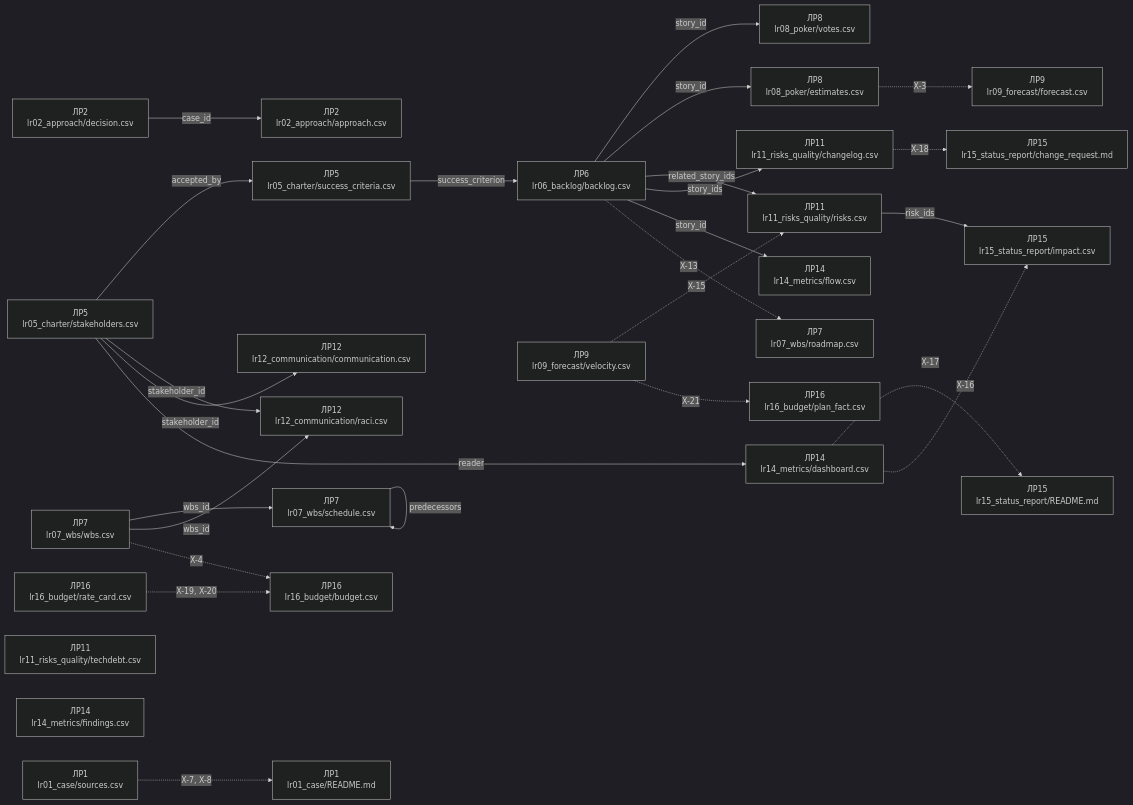
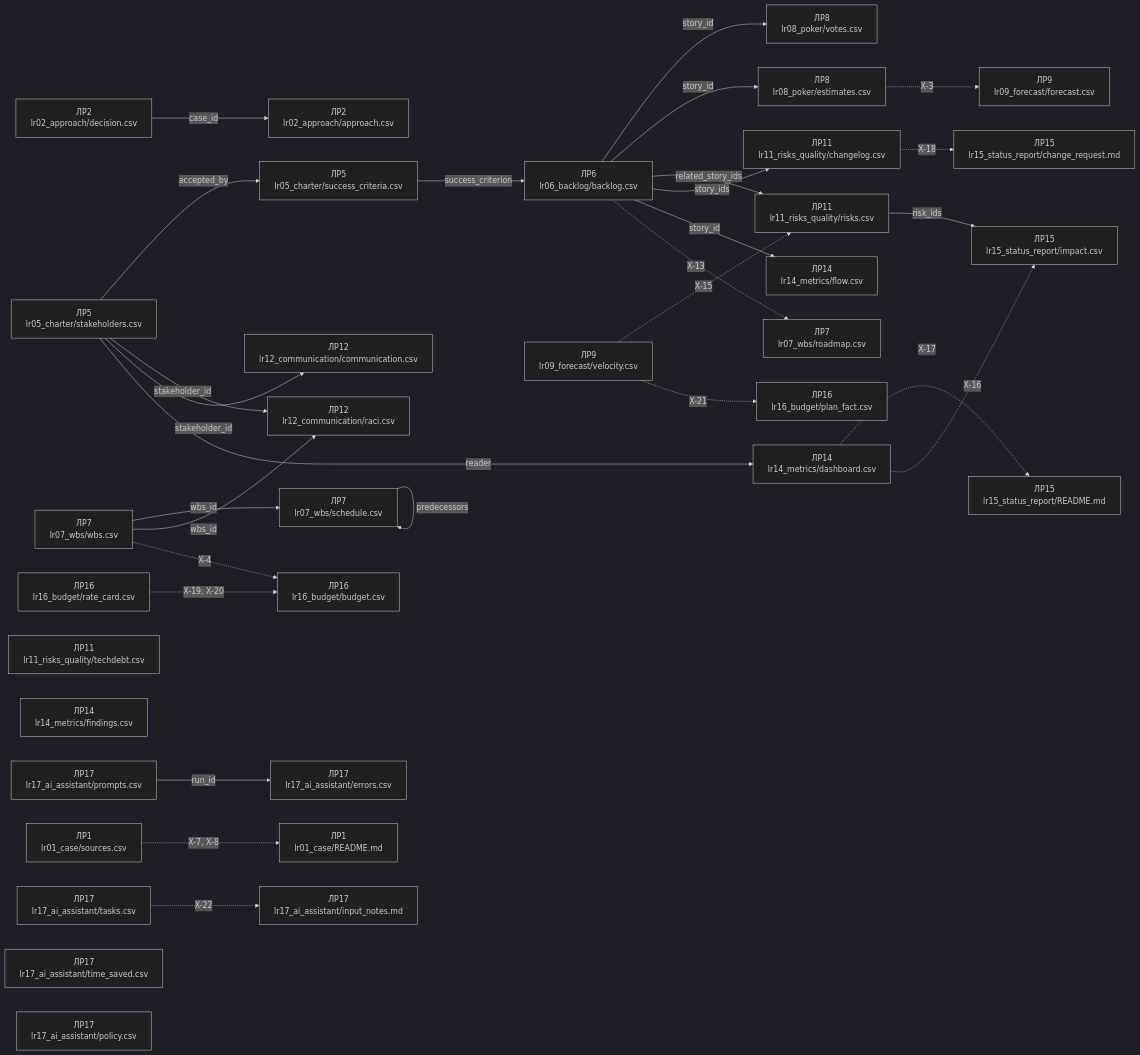
Before and after one commit to LyahovchukSergiy/pm-2026-template: the diagram in tools/SCHEMAS.md, drawn with Mermaid (dark theme). The commit also changed other lines of this file and 10 other files, not shown here.

Commit message:
Sync template with artifact schema v1.17.0

````diff
--- a/tools/SCHEMAS.md
+++ b/tools/SCHEMAS.md
@@ -97,56 +108,64 @@
 ```mermaid
 flowchart LR
   lr01_case_sources_csv["ЛР1<br/>lr01_case/sources.csv"]
   lr02_approach_approach_csv["ЛР2<br/>lr02_approach/approach.csv"]
   lr02_approach_decision_csv["ЛР2<br/>lr02_approach/decision.csv"]
   lr05_charter_stakeholders_csv["ЛР5<br/>lr05_charter/stakeholders.csv"]
   lr05_charter_success_criteria_csv["ЛР5<br/>lr05_charter/success_criteria.csv"]
   lr06_backlog_backlog_csv["ЛР6<br/>lr06_backlog/backlog.csv"]
   lr07_wbs_wbs_csv["ЛР7<br/>lr07_wbs/wbs.csv"]
   lr07_wbs_schedule_csv["ЛР7<br/>lr07_wbs/schedule.csv"]
   lr07_wbs_roadmap_csv["ЛР7<br/>lr07_wbs/roadmap.csv"]
   lr08_poker_votes_csv["ЛР8<br/>lr08_poker/votes.csv"]
   lr08_poker_estimates_csv["ЛР8<br/>lr08_poker/estimates.csv"]
   lr09_forecast_velocity_csv["ЛР9<br/>lr09_forecast/velocity.csv"]
   lr09_forecast_forecast_csv["ЛР9<br/>lr09_forecast/forecast.csv"]
   lr11_risks_quality_risks_csv["ЛР11<br/>lr11_risks_quality/risks.csv"]
   lr11_risks_quality_techdebt_csv["ЛР11<br/>lr11_risks_quality/techdebt.csv"]
   lr11_risks_quality_changelog_csv["ЛР11<br/>lr11_risks_quality/changelog.csv"]
   lr12_communication_raci_csv["ЛР12<br/>lr12_communication/raci.csv"]
   lr12_communication_communication_csv["ЛР12<br/>lr12_communication/communication.csv"]
   lr14_metrics_flow_csv["ЛР14<br/>lr14_metrics/flow.csv"]
   lr14_metrics_findings_csv["ЛР14<br/>lr14_metrics/findings.csv"]
   lr14_metrics_dashboard_csv["ЛР14<br/>lr14_metrics/dashboard.csv"]
   lr15_status_report_impact_csv["ЛР15<br/>lr15_status_report/impact.csv"]
   lr16_budget_rate_card_csv["ЛР16<br/>lr16_budget/rate_card.csv"]
   lr16_budget_budget_csv["ЛР16<br/>lr16_budget/budget.csv"]
   lr16_budget_plan_fact_csv["ЛР16<br/>lr16_budget/plan_fact.csv"]
+  lr17_ai_assistant_tasks_csv["ЛР17<br/>lr17_ai_assistant/tasks.csv"]
+  lr17_ai_assistant_prompts_csv["ЛР17<br/>lr17_ai_assistant/prompts.csv"]
+  lr17_ai_assistant_errors_csv["ЛР17<br/>lr17_ai_assistant/errors.csv"]
+  lr17_ai_assistant_time_saved_csv["ЛР17<br/>lr17_ai_assistant/time_saved.csv"]
+  lr17_ai_assistant_policy_csv["ЛР17<br/>lr17_ai_assistant/policy.csv"]
   lr01_case_README_md["ЛР1<br/>lr01_case/README.md"]
   lr15_status_report_README_md["ЛР15<br/>lr15_status_report/README.md"]
   lr15_status_report_change_request_md["ЛР15<br/>lr15_status_report/change_request.md"]
+  lr17_ai_assistant_input_notes_md["ЛР17<br/>lr17_ai_assistant/input_notes.md"]
   lr02_approach_decision_csv -->|case_id| lr02_approach_approach_csv
   lr05_charter_stakeholders_csv -->|accepted_by| lr05_charter_success_criteria_csv
   lr05_charter_success_criteria_csv -->|success_criterion| lr06_backlog_backlog_csv
   lr07_wbs_wbs_csv -->|wbs_id| lr07_wbs_schedule_csv
   lr07_wbs_schedule_csv -->|predecessors| lr07_wbs_schedule_csv
   lr06_backlog_backlog_csv -->|story_id| lr08_poker_votes_csv
   lr06_backlog_backlog_csv -->|story_id| lr08_poker_estimates_csv
   lr06_backlog_backlog_csv -->|related_story_ids| lr11_risks_quality_risks_csv
   lr06_backlog_backlog_csv -->|story_ids| lr11_risks_quality_changelog_csv
   lr07_wbs_wbs_csv -->|wbs_id| lr12_communication_raci_csv
   lr05_charter_stakeholders_csv -->|stakeholder_id| lr12_communication_raci_csv
   lr05_charter_stakeholders_csv -->|stakeholder_id| lr12_communication_communication_csv
   lr06_backlog_backlog_csv -->|story_id| lr14_metrics_flow_csv
   lr05_charter_stakeholders_csv -->|reader| lr14_metrics_dashboard_csv
   lr11_risks_quality_risks_csv -->|risk_ids| lr15_status_report_impact_csv
+  lr17_ai_assistant_prompts_csv -->|run_id| lr17_ai_assistant_errors_csv
   lr01_case_sources_csv -.->|X-7, X-8| lr01_case_README_md
   lr06_backlog_backlog_csv -.->|X-13| lr07_wbs_roadmap_csv
   lr07_wbs_wbs_csv -.->|X-4| lr16_budget_budget_csv
   lr08_poker_estimates_csv -.->|X-3| lr09_forecast_forecast_csv
   lr09_forecast_velocity_csv -.->|X-15| lr11_risks_quality_risks_csv
   lr09_forecast_velocity_csv -.->|X-21| lr16_budget_plan_fact_csv
   lr11_risks_quality_changelog_csv -.->|X-18| lr15_status_report_change_request_md
   lr14_metrics_dashboard_csv -.->|X-17| lr15_status_report_README_md
   lr14_metrics_dashboard_csv -.->|X-16| lr15_status_report_impact_csv
   lr16_budget_rate_card_csv -.->|X-19, X-20| lr16_budget_budget_csv
+  lr17_ai_assistant_tasks_csv -.->|X-22| lr17_ai_assistant_input_notes_md
 ```
````
